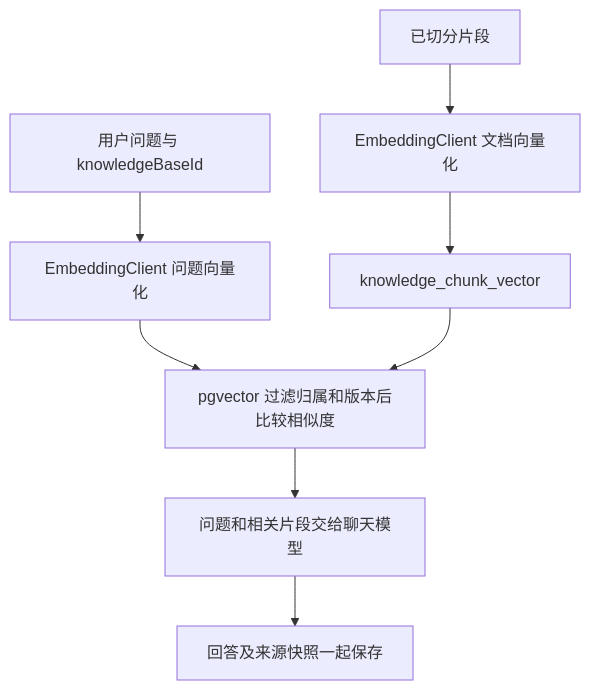
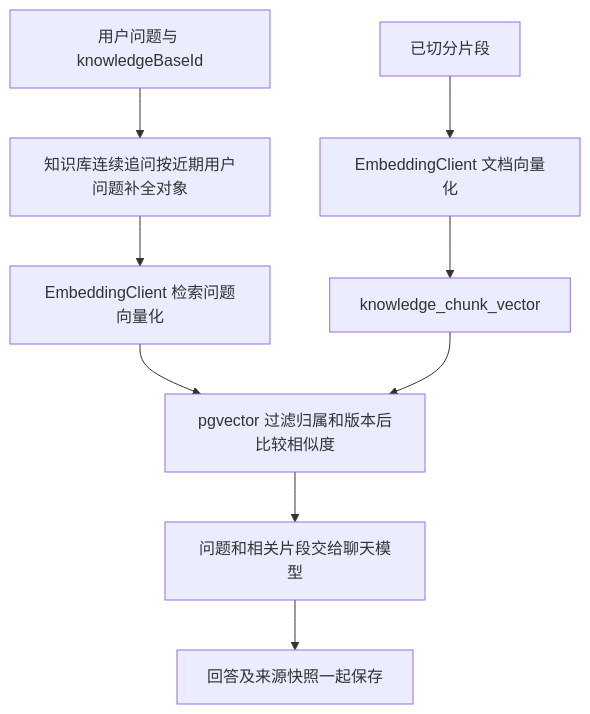
The diagram in docs/13-knowledge-rag.md (djt15634516921-source/ragent-learning), drawn with Mermaid before and after one commit. The commit also changed other lines of this file and 32 other files, not shown here.

````diff
--- a/docs/13-knowledge-rag.md
+++ b/docs/13-knowledge-rag.md
@@ -28,10 +28,11 @@
 ```mermaid
 flowchart TD
     A[已切分片段] --> B[EmbeddingClient 文档向量化]
     B --> C[knowledge_chunk_vector]
-    Q[用户问题与 knowledgeBaseId] --> E[EmbeddingClient 问题向量化]
+    Q[用户问题与 knowledgeBaseId] --> R[知识库连续追问按近期用户问题补全对象]
+    R --> E[EmbeddingClient 检索问题向量化]
     E --> F[pgvector 过滤归属和版本后比较相似度]
     C --> F
     F --> G[问题和相关片段交给聊天模型]
     G --> H[回答及来源快照一起保存]
 ```
````
